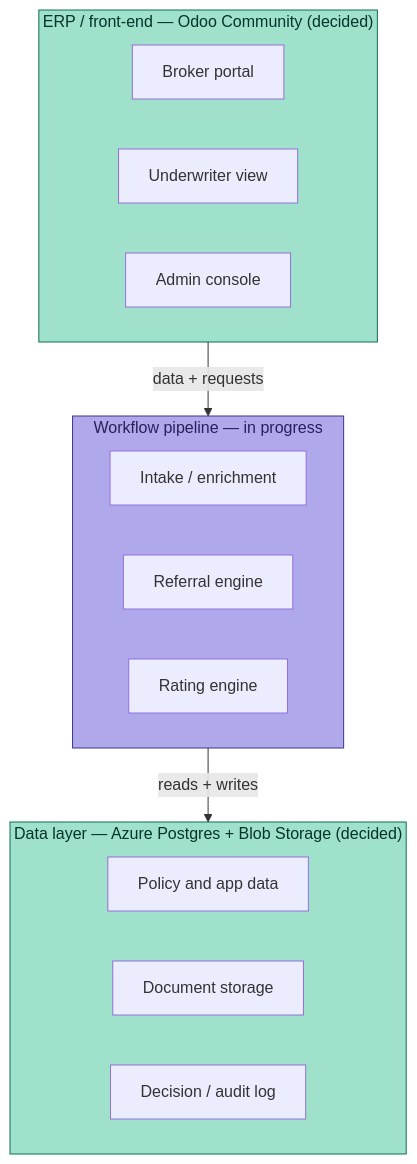
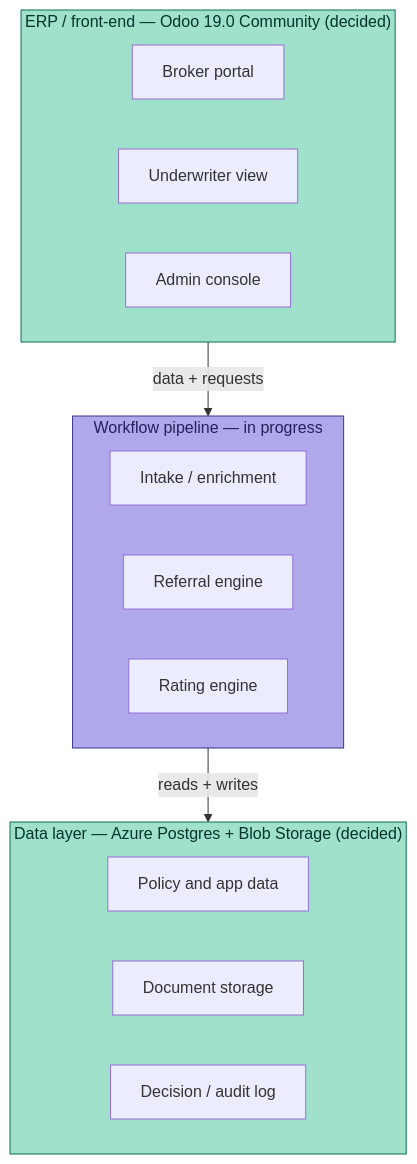
One commit to jrbroedel/ai-ins-full-company changed the diagram in README.md. Above: the diagram before and after it, drawn with Mermaid. The commit also changed other lines of this file and 2 other files, not shown here.

Commit message:
Pin Odoo version: 19.0 (ADR 0004)
- Current stable Community branch, released Sept 2025, supported to roughly 2027-2028
  - the longest runway of any stable release
- Rejected 17.0 (support ends ~Nov 2026, ~3 months out - unreasonable to start a new
  build on it), 18.0 (viable but less runway with no offsetting benefit for a
  greenfield project), and 20.0 (not yet a stable release, master/experimental only)
- Resolves the version-compatibility open item from ADR 0003: OCA's fs_attachment/
  fs_storage modules have an active 19.0 branch, so no gap between this decision
  and the Azure Blob integration approach already recommended

README and ADR 0003 updated to reflect the resolved dependency.

````diff
--- a/README.md
+++ b/README.md
@@ -9,30 +9,30 @@
 ```mermaid
 flowchart TD
-    subgraph ERP["ERP / front-end — Odoo Community (decided)"]
+    subgraph ERP["ERP / front-end — Odoo 19.0 Community (decided)"]
         direction LR
         BP[Broker portal]
         UW[Underwriter view]
         AC[Admin console]
     end
 
     subgraph WF["Workflow pipeline — in progress"]
         direction LR
         IE[Intake / enrichment]
         RE[Referral engine]
         RT[Rating engine]
     end
 
     subgraph DL["Data layer — Azure Postgres + Blob Storage (decided)"]
         direction LR
         PA[Policy and app data]
         DS[Document storage]
         DA[Decision / audit log]
     end
 
     ERP -->|data + requests| WF
     WF -->|reads + writes| DL
 
     style ERP fill:#9FE1CB,stroke:#0F6E56,color:#04342C
     style DL fill:#9FE1CB,stroke:#0F6E56,color:#04342C
     style WF fill:#AFA9EC,stroke:#3C3489,color:#26215C
 ```
````
